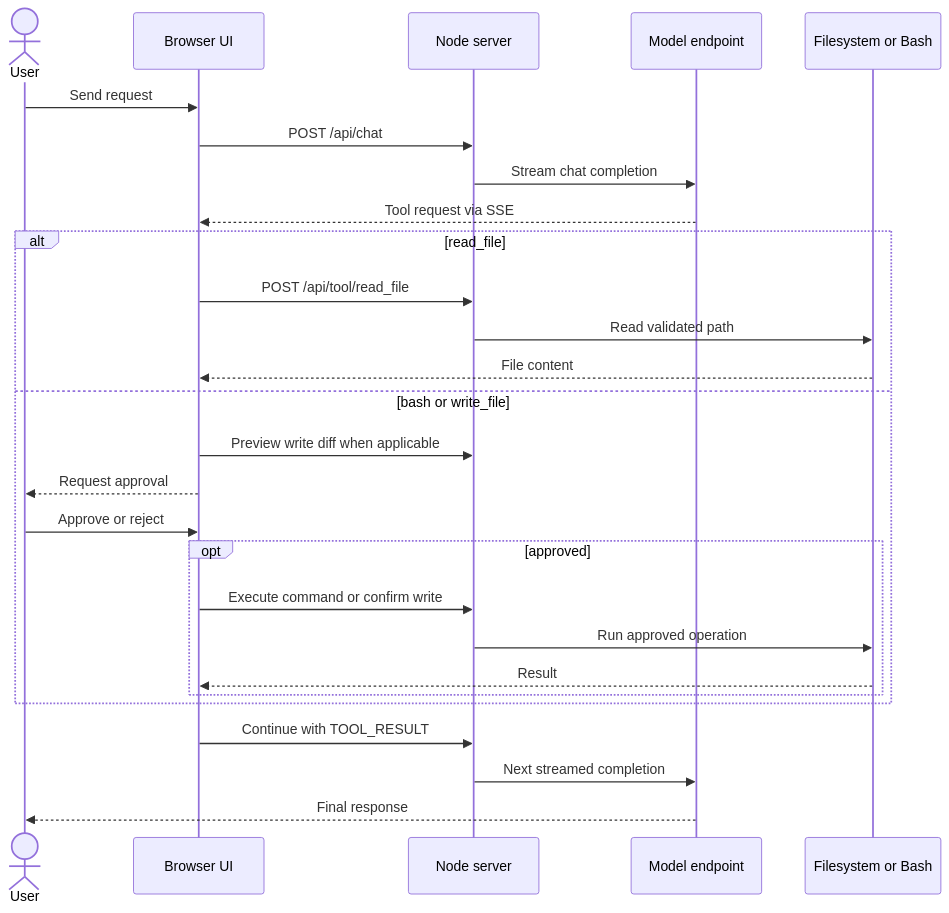
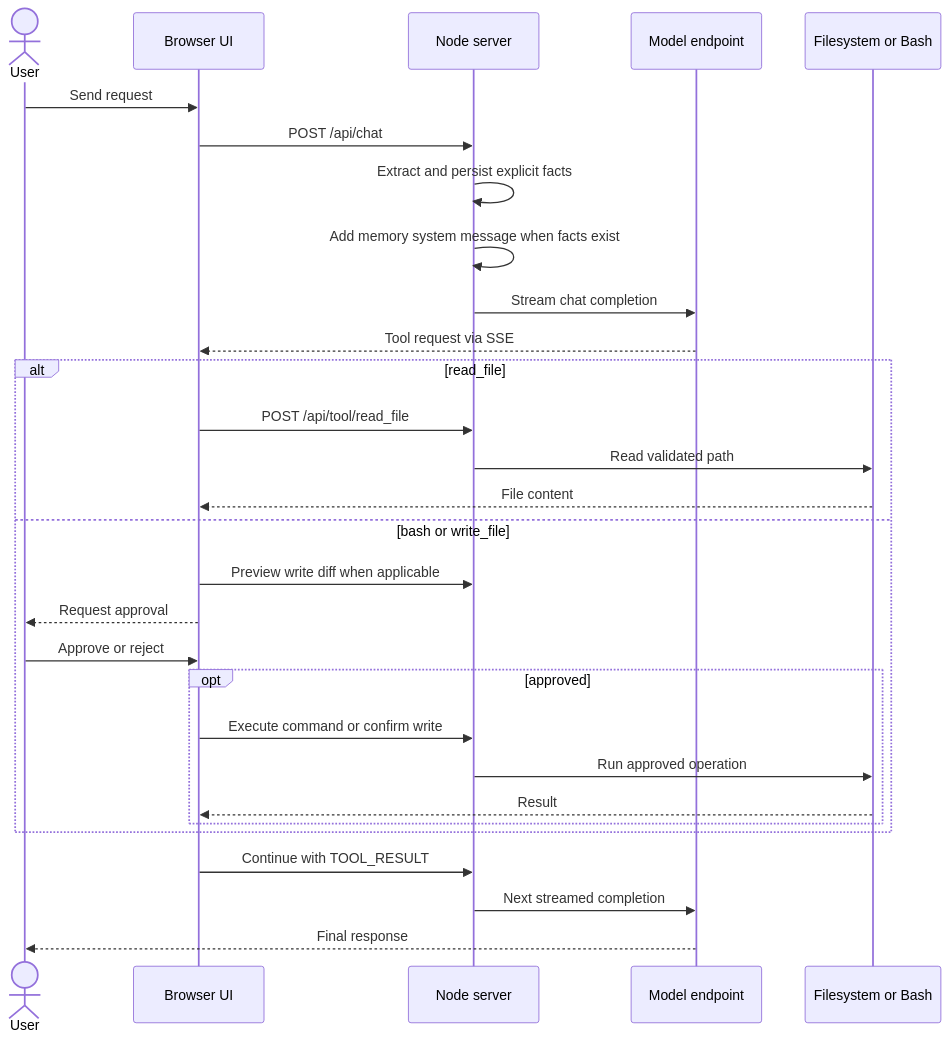
Before and after one commit to cschladetsch/NodeGLM-5: the third of 4 diagrams in Readme.md, drawn with Mermaid. The commit also changed other lines of this file and 7 other files, not shown here.

````diff
--- a/Readme.md
+++ b/Readme.md
@@ -134,30 +174,32 @@
 ```mermaid
 sequenceDiagram
     actor User
     participant UI as Browser UI
     participant API as Node server
     participant LLM as Model endpoint
     participant Local as Filesystem or Bash
 
     User->>UI: Send request
     UI->>API: POST /api/chat
+    API->>API: Extract and persist explicit facts
+    API->>API: Add memory system message when facts exist
     API->>LLM: Stream chat completion
     LLM-->>UI: Tool request via SSE
     alt read_file
         UI->>API: POST /api/tool/read_file
         API->>Local: Read validated path
         Local-->>UI: File content
     else bash or write_file
         UI->>API: Preview write diff when applicable
         UI-->>User: Request approval
         User->>UI: Approve or reject
         opt approved
             UI->>API: Execute command or confirm write
             API->>Local: Run approved operation
             Local-->>UI: Result
         end
     end
     UI->>API: Continue with TOOL_RESULT
     API->>LLM: Next streamed completion
     LLM-->>User: Final response
 ```
````
